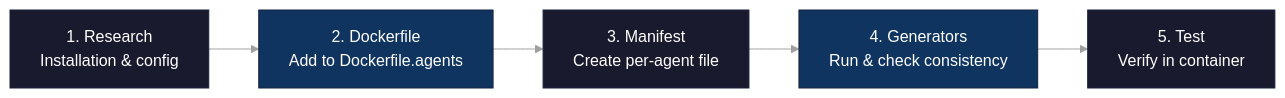
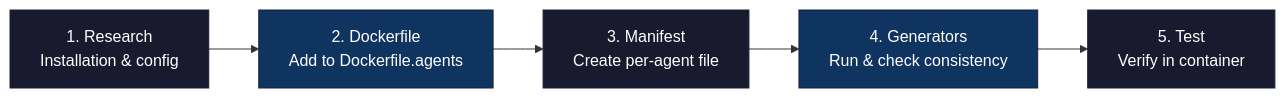
One commit to novotnyllc/ContainAI changed the diagram in docs/adding-agents.md. Above: the diagram before and after it, drawn with Mermaid. The commit also changed 15 other files, not shown here.

Commit message:
Remove Mermaid theme overrides from docs diagrams

````diff
--- a/docs/adding-agents.md
+++ b/docs/adding-agents.md
@@ -11,29 +11,19 @@
 ```mermaid
-%%{init: {'theme': 'base', 'themeVariables': {
-  'primaryColor': '#1a1a2e',
-  'primaryTextColor': '#ffffff',
-  'primaryBorderColor': '#16213e',
-  'secondaryColor': '#0f3460',
-  'tertiaryColor': '#1a1a2e',
-  'lineColor': '#a0a0a0',
-  'textColor': '#ffffff',
-  'background': '#0d1117'
-}}}%%
 flowchart LR
     S1["1. Research<br/>Installation & config"]
     S2["2. Dockerfile<br/>Add to Dockerfile.agents"]
     S3["3. Manifest<br/>Create per-agent file"]
     S4["4. Generators<br/>Run & check consistency"]
     S5["5. Test<br/>Verify in container"]
 
     S1 --> S2
     S2 --> S3
     S3 --> S4
     S4 --> S5
 
     style S1 fill:#1a1a2e,stroke:#16213e,color:#fff
     style S2 fill:#0f3460,stroke:#16213e,color:#fff
     style S3 fill:#1a1a2e,stroke:#16213e,color:#fff
     style S4 fill:#0f3460,stroke:#16213e,color:#fff
     style S5 fill:#1a1a2e,stroke:#16213e,color:#fff
 ```
````
